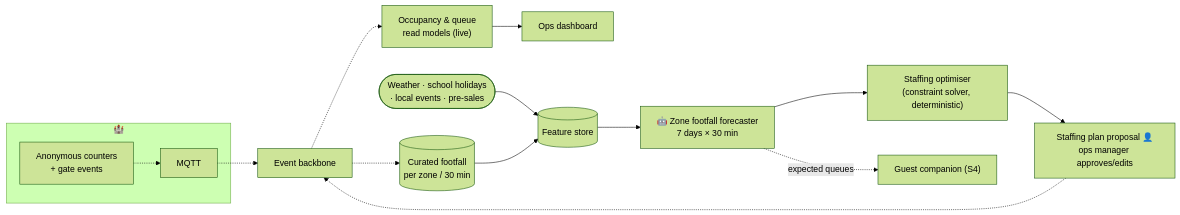
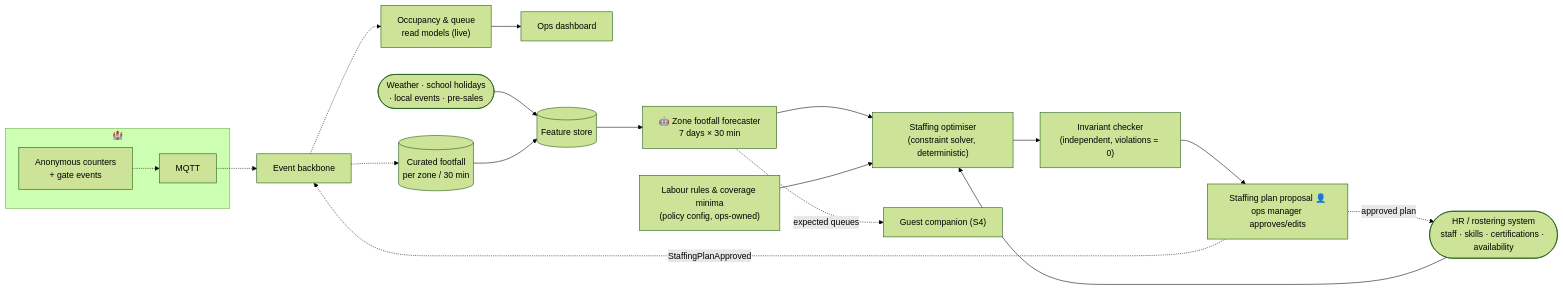
One commit to kr0k/katas changed the diagram in hld/scenarios/visitor-flow-forecasting/README.md. Above: the diagram before and after it, drawn with Mermaid (forest theme). The commit also changed other lines of this file and 27 other files, not shown here.

````diff
--- a/hld/scenarios/visitor-flow-forecasting/README.md
+++ b/hld/scenarios/visitor-flow-forecasting/README.md
@@ -16,16 +16,20 @@
 ```mermaid
 flowchart LR
     subgraph Estate["🏰"]
         Cnt["Anonymous counters<br/>+ gate events"] -.-> B["MQTT"]
     end
     B -.-> Bus["Event backbone"]
     Bus -.-> Occ["Occupancy & queue<br/>read models (live)"]
     Occ --> Dash["Ops dashboard"]
     Bus -.-> Cur[("Curated footfall<br/>per zone / 30 min")]
     Ext(["Weather · school holidays<br/>· local events · pre-sales"]) --> Feat[("Feature store")]
     Cur --> Feat --> Fc["🤖 Zone footfall forecaster<br/>7 days × 30 min"]
     Fc --> Opt["Staffing optimiser<br/>(constraint solver, deterministic)"]
-    Opt --> Plan["Staffing plan proposal 👤<br/>ops manager approves/edits"]
+    HR(["HR / rostering system<br/>staff · skills · certifications · availability"]) --> Opt
+    Pol["Labour rules & coverage minima<br/>(policy config, ops-owned)"] --> Opt
+    Opt --> Chk["Invariant checker<br/>(independent, violations = 0)"]
+    Chk --> Plan["Staffing plan proposal 👤<br/>ops manager approves/edits"]
     Fc -. "expected queues" .-> Guest["Guest companion (S4)"]
-    Plan -.-> Bus
+    Plan -. "StaffingPlanApproved" .-> Bus
+    Plan -. "approved plan" .-> HR
 ```
````
